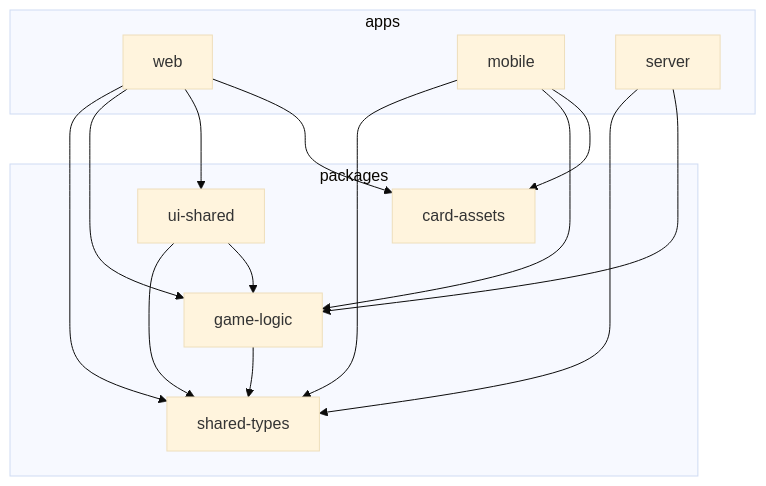
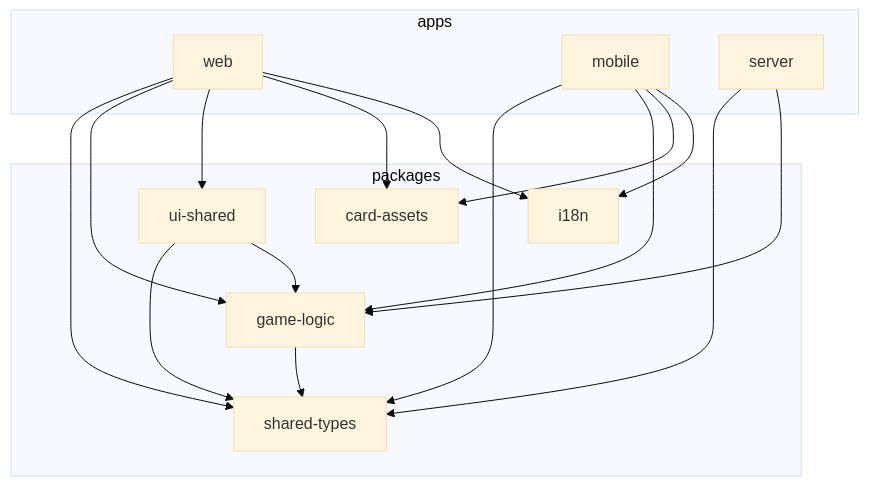
Before and after one commit to deglerj/dabb: the diagram in docs/arc42/05-building-block-view.md, drawn with Mermaid (base theme). The commit also changed other lines of this file and 7 other files, not shown here.

````diff
--- a/docs/arc42/05-building-block-view.md
+++ b/docs/arc42/05-building-block-view.md
@@ -5,32 +5,35 @@
 ```mermaid
 flowchart TB
     subgraph apps
         web
         mobile
         server
     end
 
     subgraph packages
         types[shared-types]
         logic[game-logic]
         ui[ui-shared]
         assets[card-assets]
+        i18n[i18n]
     end
 
     web --> types
     web --> logic
     web --> ui
     web --> assets
+    web --> i18n
 
     mobile --> types
     mobile --> logic
     mobile --> assets
+    mobile --> i18n
 
     server --> types
     server --> logic
 
     ui --> types
     ui --> logic
 
     logic --> types
 ```
````
